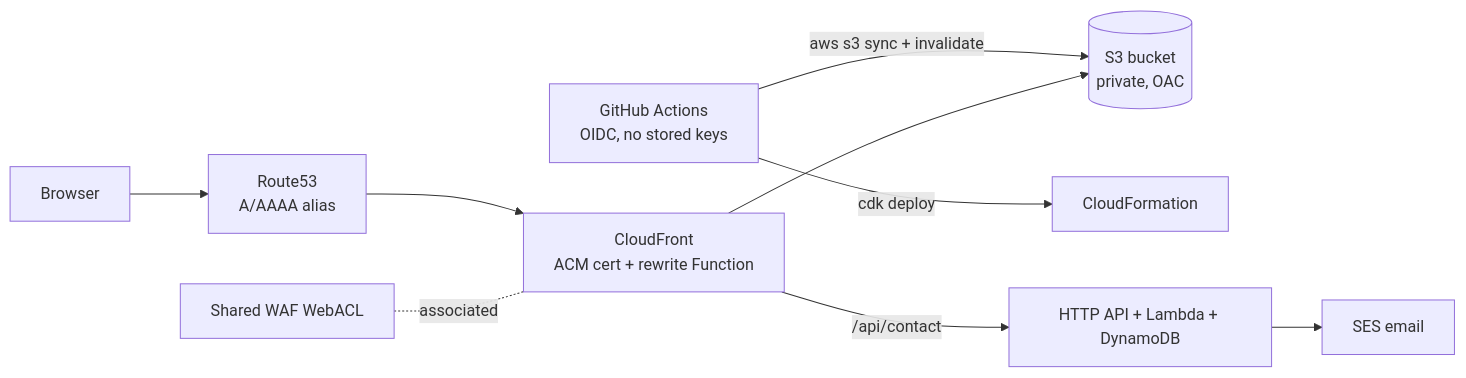
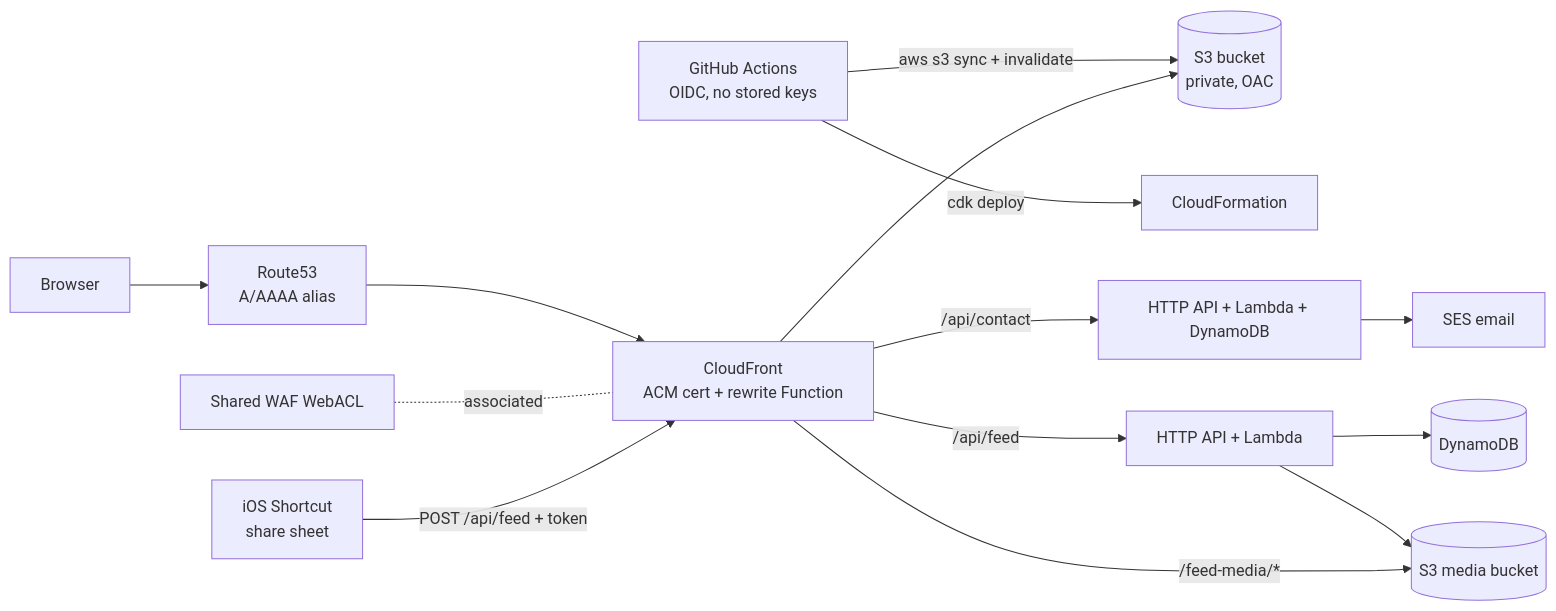
Before and after one commit to rwaterman/website: the diagram in README.md, drawn with Mermaid. The commit also changed other lines of this file and 14 other files, not shown here.

First line of the commit message:
feat: share feed posted from the iOS share sheet (#47)

````diff
--- a/README.md
+++ b/README.md
@@ -98,9 +104,13 @@
 ```mermaid
 flowchart LR
   GH[GitHub Actions<br/>OIDC, no stored keys] -->|aws s3 sync + invalidate| S3[(S3 bucket<br/>private, OAC)]
   GH -->|cdk deploy| CFN[CloudFormation]
   U[Browser] --> R53[Route53<br/>A/AAAA alias] --> CF[CloudFront<br/>ACM cert + rewrite Function]
   CF --> S3
   WAF[Shared WAF WebACL] -.associated.- CF
   CF -->|/api/contact| API[HTTP API + Lambda + DynamoDB] --> SES[SES email]
+  Phone[iOS Shortcut<br/>share sheet] -->|POST /api/feed + token| CF
+  CF -->|/api/feed| FEED[HTTP API + Lambda] --> DDB[(DynamoDB)]
+  FEED --> MEDIA[(S3 media bucket)]
+  CF -->|/feed-media/*| MEDIA
 ```
````
